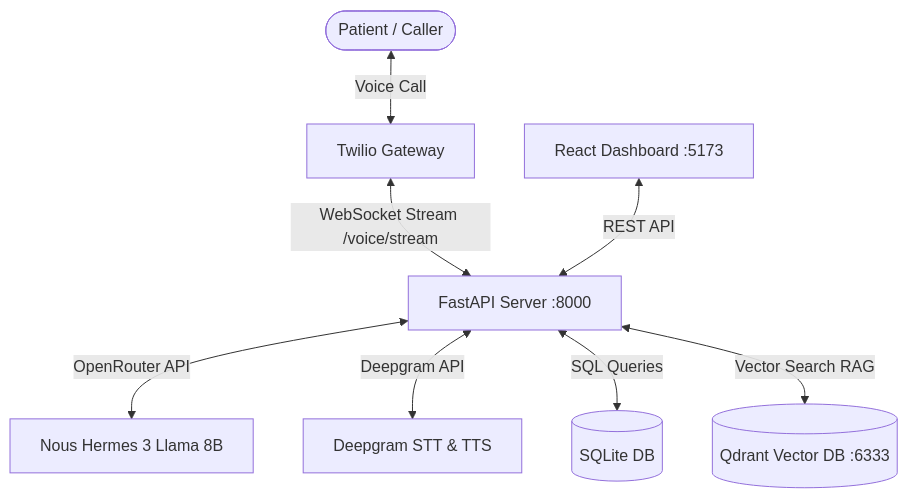
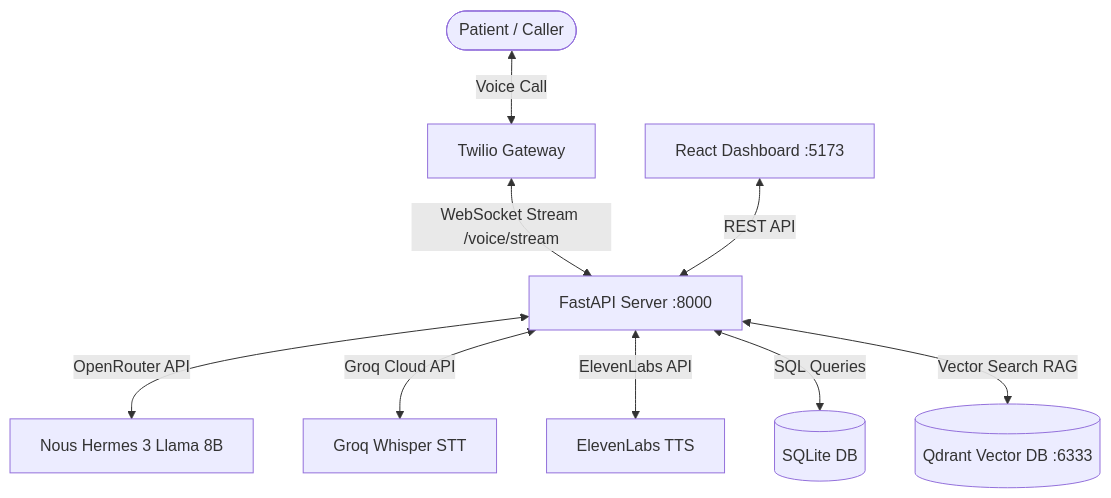
One commit to AnujanN/hermes-dental-assistant changed the diagram in README.md. Above: the diagram before and after it, drawn with Mermaid. The commit also changed other lines of this file and 3 other files, not shown here.

Commit message:
Implement FastAPI server with Twilio voice integration and ElevenLabs TTS/Groq STT pipelines

````diff
--- a/README.md
+++ b/README.md
@@ -9,12 +9,13 @@
 ```mermaid
 graph TD
     Patient([Patient / Caller]) <-->|Voice Call| Twilio[Twilio Gateway]
     Twilio <-->|WebSocket Stream /voice/stream| FastAPI[FastAPI Server :8000]
     
     FastAPI <-->|OpenRouter API| LLM[Nous Hermes 3 Llama 8B]
-    FastAPI <-->|Deepgram API| Speech[Deepgram STT & TTS]
+    FastAPI <-->|Groq Cloud API| STT[Groq Whisper STT]
+    FastAPI <-->|ElevenLabs API| TTS[ElevenLabs TTS]
     FastAPI <-->|SQL Queries| SQLite[(SQLite DB)]
     FastAPI <-->|Vector Search RAG| Qdrant[(Qdrant Vector DB :6333)]
     
     Dashboard[React Dashboard :5173] <-->|REST API| FastAPI
 ```
````
